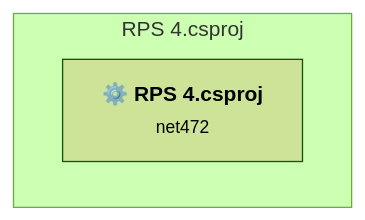
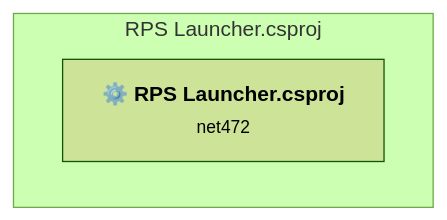
One commit to mpautler/Random-Photo-Screensaver changed the second of 2 diagrams in .github/upgrades/scenarios/dotnet-version-upgrade/assessment.md. Above: the diagram before and after it, drawn with Mermaid (forest theme). The commit also changed other lines of this file and 8 other files, not shown here.

````diff
--- a/.github/upgrades/scenarios/dotnet-version-upgrade/assessment.md
+++ b/.github/upgrades/scenarios/dotnet-version-upgrade/assessment.md
@@ -174,8 +115,8 @@
 ```mermaid
 flowchart TB
-    subgraph current["RPS 4.csproj"]
-        MAIN["<b>⚙️&nbsp;RPS 4.csproj</b><br/><small>net472</small>"]
-        click MAIN "#rps-4rps-4csproj"
+    subgraph current["RPS Launcher.csproj"]
+        MAIN["<b>⚙️&nbsp;RPS Launcher.csproj</b><br/><small>net472</small>"]
+        click MAIN "#rps-launcherrps-launchercsproj"
     end
 
 ```
````
